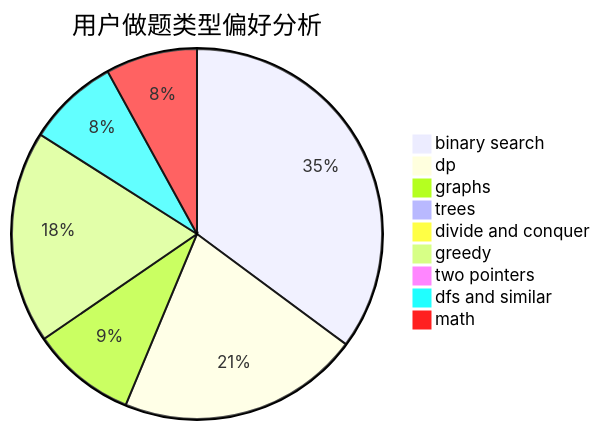
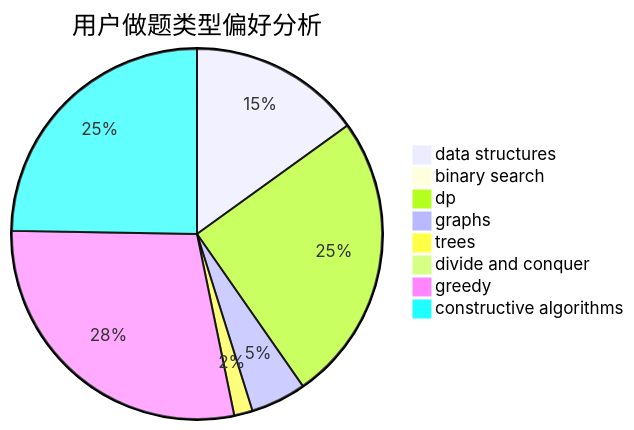
One commit to sherpahu/cfrs.github.io changed the second of 3 diagrams in docs/user/u2010.md. Above: the diagram before and after it, drawn with Mermaid. The commit also changed other lines of this file and 2775 other files, not shown here.

````diff
--- a/docs/user/u2010.md
+++ b/docs/user/u2010.md
@@ -23,12 +23,11 @@
 ```mermaid
 pie title 用户做题类型偏好分析
-    "binary search" :  123
-    "dp" :  74
-    "graphs" :  32
+    "data structures" :  28
+    "binary search" :  0
+    "dp" :  47
+    "graphs" :  9
     "trees" :  3
     "divide and conquer" :  0
-    "greedy" :  65
-    "two pointers" :  0
-    "dfs and similar" :  28
-    "math" :  28
+    "greedy" :  53
+    "constructive algorithms" :  46
 ```
````
